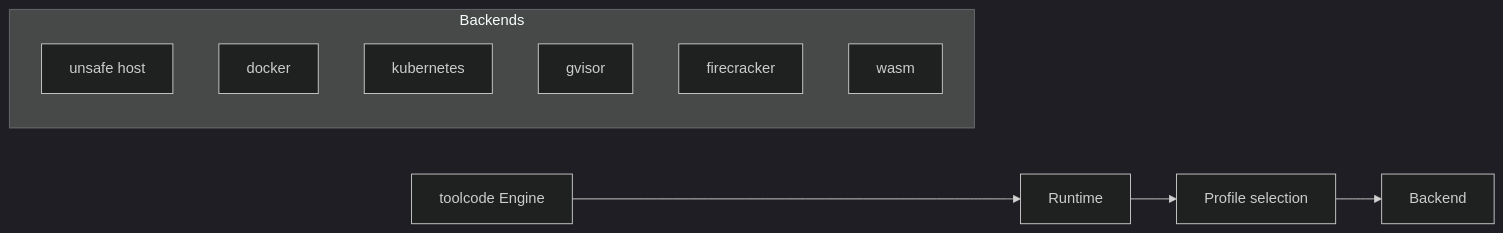
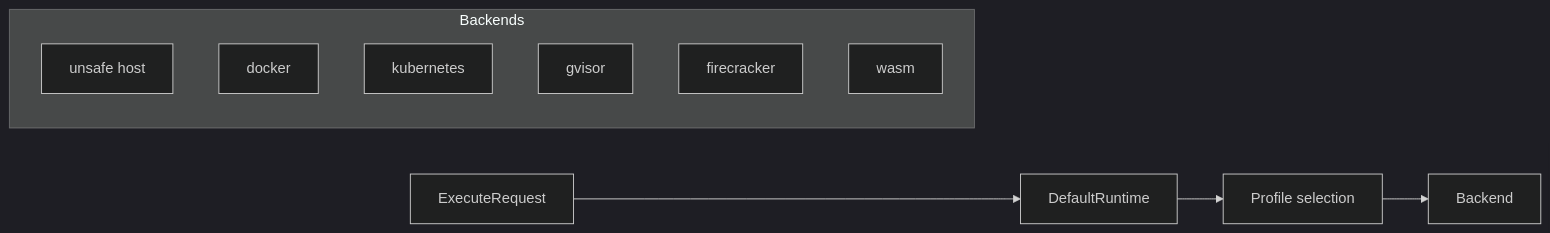
Before and after one commit to jonwraymond/toolruntime: the first of 2 diagrams in docs/architecture.md, drawn with Mermaid (dark theme). The commit also changed other lines of this file and 1 other file, not shown here.

Commit message:
Refine documentation diagrams

````diff
--- a/docs/architecture.md
+++ b/docs/architecture.md
@@ -6,15 +8,15 @@
 ```mermaid
 flowchart LR
-  A[toolcode Engine] --> B[Runtime]
+  A[ExecuteRequest] --> B[DefaultRuntime]
   B --> C[Profile selection]
   C --> D[Backend]
 
   subgraph Backends
     U[unsafe host]
     Dk[docker]
     K8s[kubernetes]
     Gv[gvisor]
     Fc[firecracker]
     W[wasm]
   end
 ```
````
